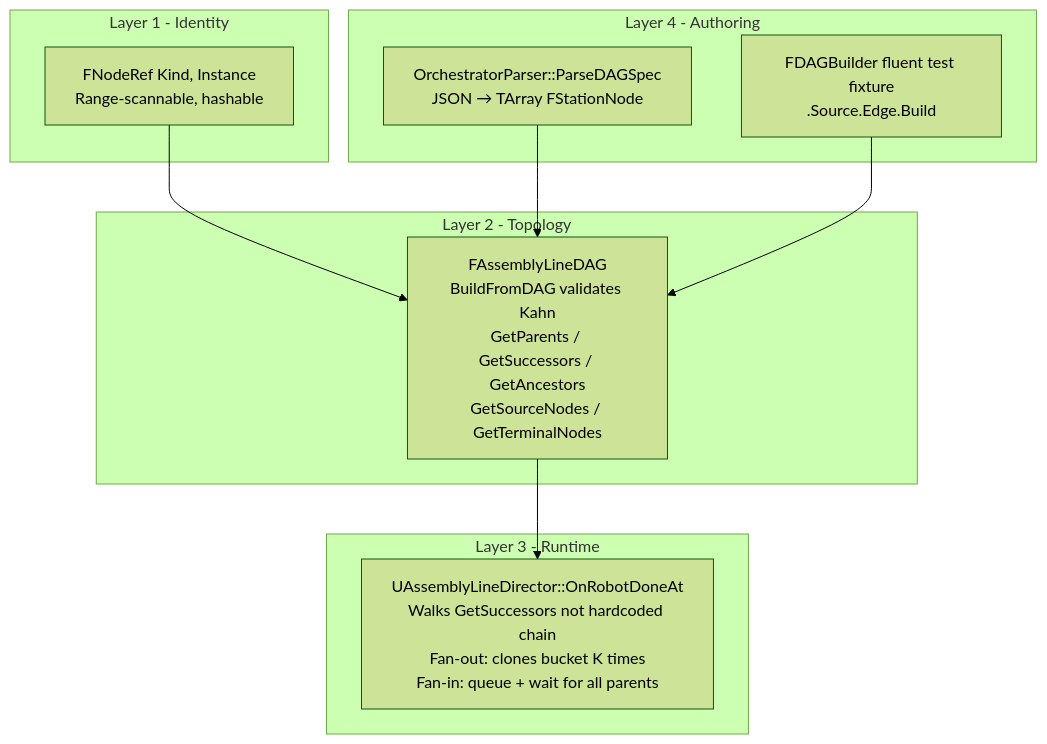
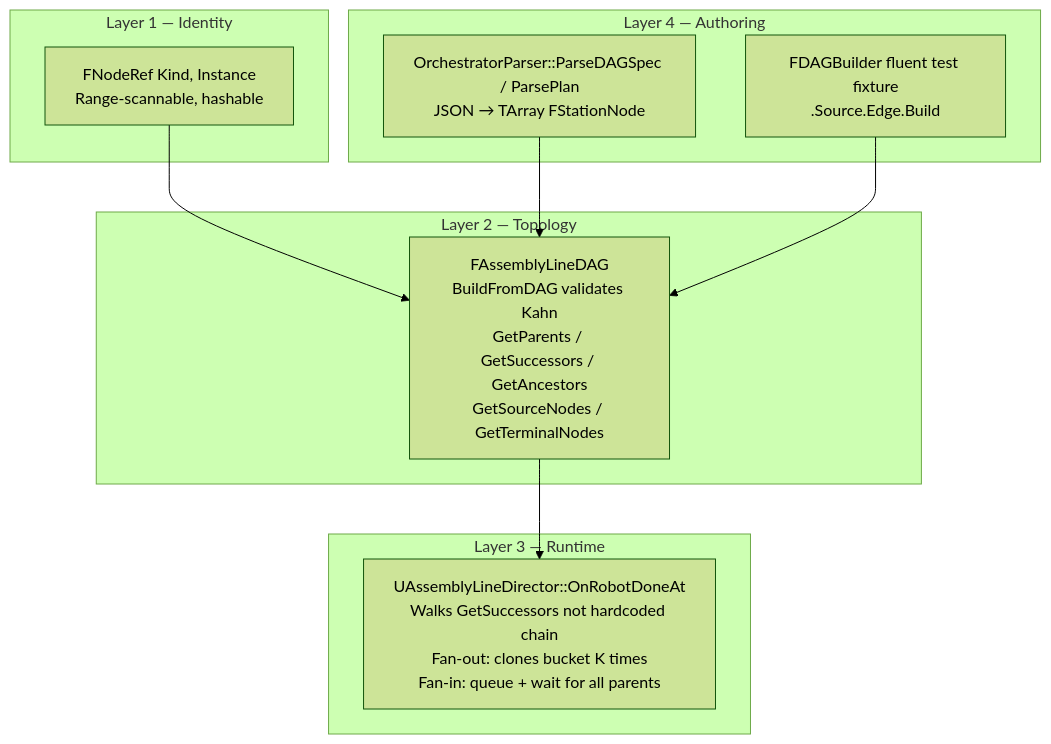
Before and after one commit to eyupgurel/AssemblyLineSimul: the fourth of 13 diagrams in README.md, drawn with Mermaid (forest theme). The commit also changed other lines of this file, not shown here.

First line of the commit message:
README: deep rework — DAG layer in detail + Stories 33-34

````diff
--- a/README.md
+++ b/README.md
@@ -273,24 +372,24 @@
 ```mermaid
 graph TB
-  subgraph Layer 1 - Identity
+  subgraph "Layer 1 — Identity"
     NodeRef[FNodeRef Kind, Instance<br/>Range-scannable, hashable]
   end
 
-  subgraph Layer 2 - Topology
+  subgraph "Layer 2 — Topology"
     DAG[FAssemblyLineDAG<br/>BuildFromDAG validates Kahn<br/>GetParents / GetSuccessors / GetAncestors<br/>GetSourceNodes / GetTerminalNodes]
   end
 
-  subgraph Layer 3 - Runtime
+  subgraph "Layer 3 — Runtime"
     Director[UAssemblyLineDirector::OnRobotDoneAt<br/>Walks GetSuccessors not hardcoded chain<br/>Fan-out: clones bucket K times<br/>Fan-in: queue + wait for all parents]
   end
 
-  subgraph Layer 4 - Authoring
-    Parser[OrchestratorParser::ParseDAGSpec<br/>JSON → TArray FStationNode]
+  subgraph "Layer 4 — Authoring"
+    Parser[OrchestratorParser::ParseDAGSpec / ParsePlan<br/>JSON → TArray FStationNode]
     Builder[FDAGBuilder fluent test fixture<br/>.Source.Edge.Build]
   end
 
   NodeRef --> DAG
   DAG --> Director
   Parser --> DAG
   Builder --> DAG
 ```
````
